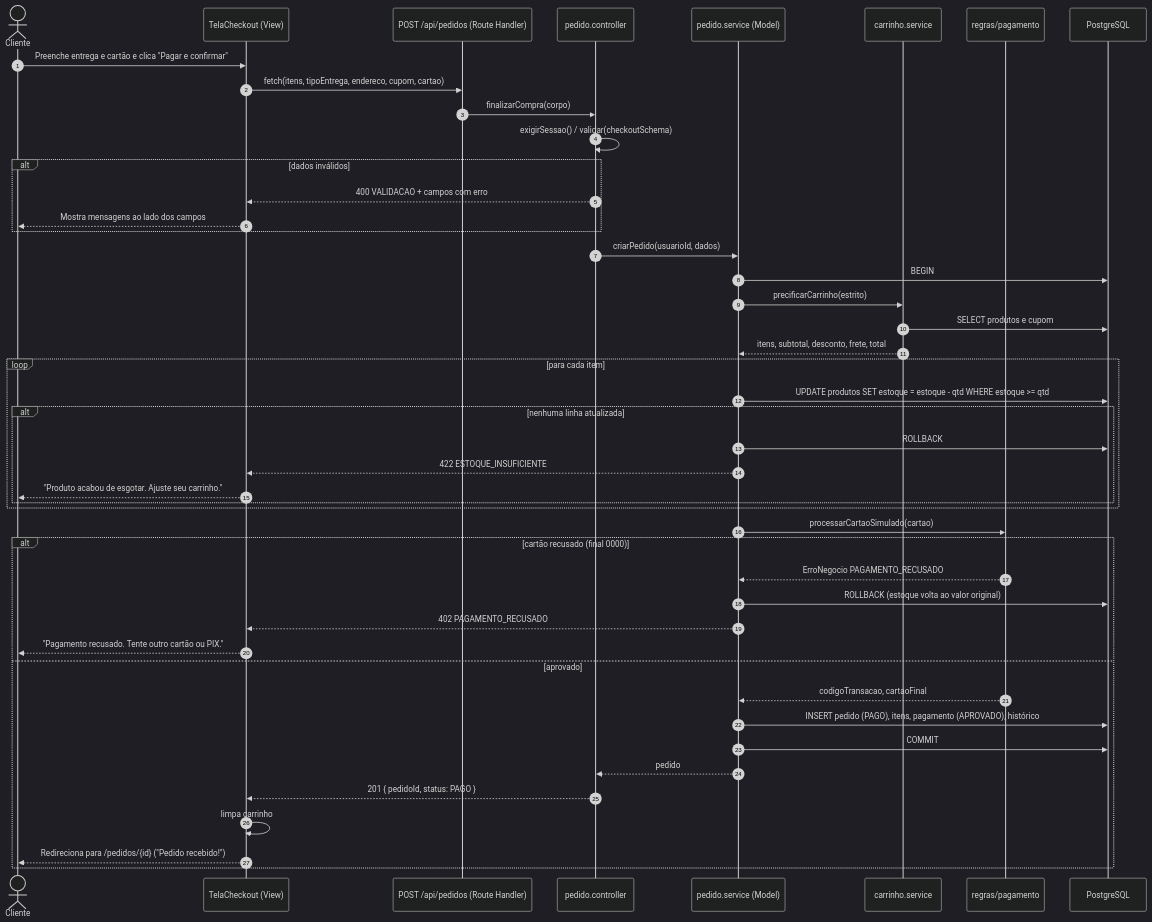
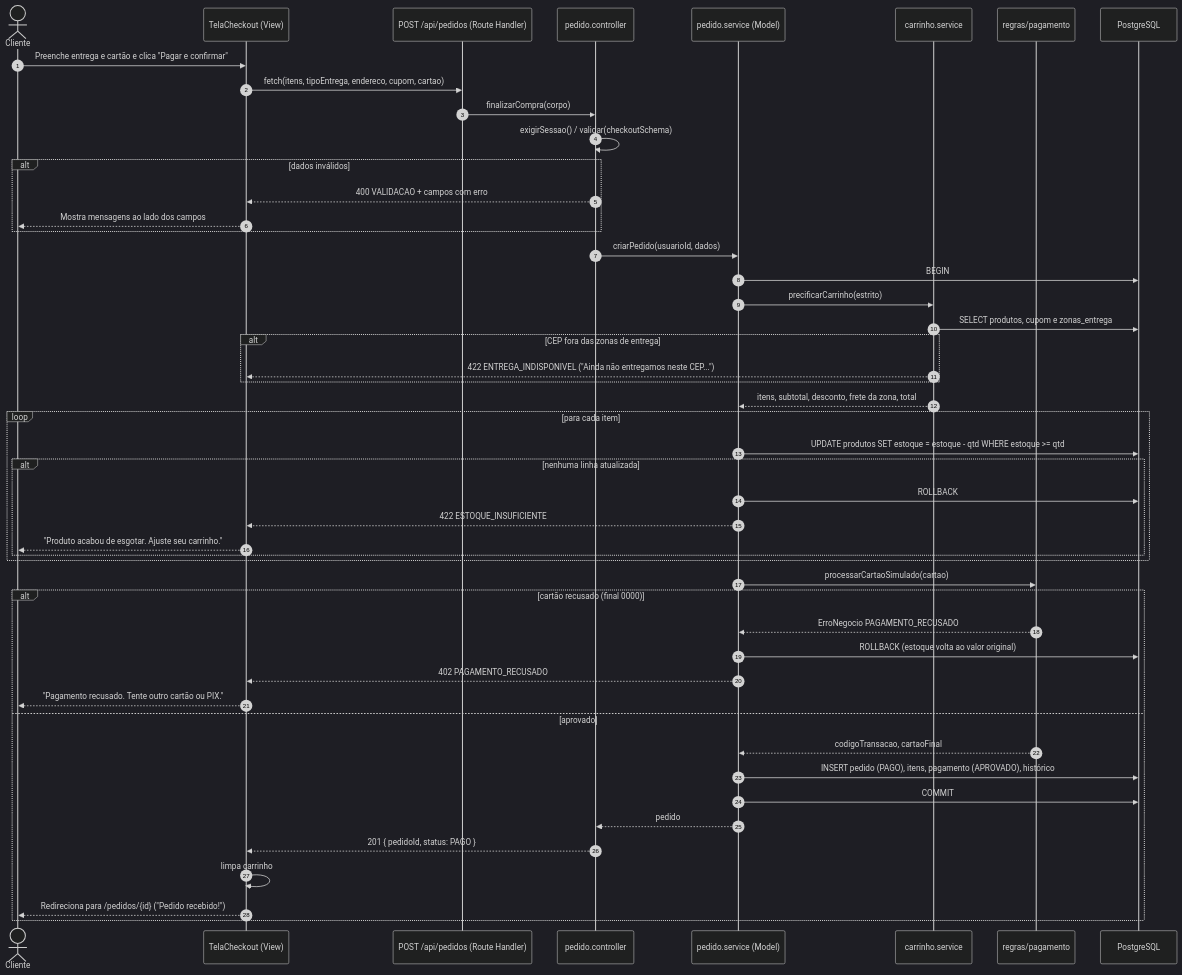
Before and after one commit to massacruabusy/CruzCake_PIT2: the third of 8 diagrams in docs/situacao-1-planejamento/05-diagramas-uml.md, drawn with Mermaid (dark theme). The commit also changed other lines of this file and 17 other files, not shown here.

````diff
--- a/docs/situacao-1-planejamento/05-diagramas-uml.md
+++ b/docs/situacao-1-planejamento/05-diagramas-uml.md
@@ -217,49 +231,52 @@
 ```mermaid
 sequenceDiagram
   autonumber
   actor C as Cliente
   participant V as TelaCheckout (View)
   participant R as POST /api/pedidos (Route Handler)
   participant PC as pedido.controller
   participant PS as pedido.service (Model)
   participant CS as carrinho.service
   participant PG as regras/pagamento
   participant DB as PostgreSQL
 
   C->>V: Preenche entrega e cartão e clica "Pagar e confirmar"
   V->>R: fetch(itens, tipoEntrega, endereco, cupom, cartao)
   R->>PC: finalizarCompra(corpo)
   PC->>PC: exigirSessao() / validar(checkoutSchema)
   alt dados inválidos
     PC-->>V: 400 VALIDACAO + campos com erro
     V-->>C: Mostra mensagens ao lado dos campos
   end
   PC->>PS: criarPedido(usuarioId, dados)
   PS->>DB: BEGIN
   PS->>CS: precificarCarrinho(estrito)
-  CS->>DB: SELECT produtos e cupom
-  CS-->>PS: itens, subtotal, desconto, frete, total
+  CS->>DB: SELECT produtos, cupom e zonas_entrega
+  alt CEP fora das zonas de entrega
+    CS-->>V: 422 ENTREGA_INDISPONIVEL ("Ainda não entregamos neste CEP...")
+  end
+  CS-->>PS: itens, subtotal, desconto, frete da zona, total
   loop para cada item
     PS->>DB: UPDATE produtos SET estoque = estoque - qtd WHERE estoque >= qtd
     alt nenhuma linha atualizada
       PS->>DB: ROLLBACK
       PS-->>V: 422 ESTOQUE_INSUFICIENTE
       V-->>C: "Produto acabou de esgotar. Ajuste seu carrinho."
     end
   end
   PS->>PG: processarCartaoSimulado(cartao)
   alt cartão recusado (final 0000)
     PG-->>PS: ErroNegocio PAGAMENTO_RECUSADO
     PS->>DB: ROLLBACK (estoque volta ao valor original)
     PS-->>V: 402 PAGAMENTO_RECUSADO
     V-->>C: "Pagamento recusado. Tente outro cartão ou PIX."
   else aprovado
     PG-->>PS: codigoTransacao, cartaoFinal
     PS->>DB: INSERT pedido (PAGO), itens, pagamento (APROVADO), histórico
     PS->>DB: COMMIT
     PS-->>PC: pedido
     PC-->>V: 201 { pedidoId, status: PAGO }
     V->>V: limpa carrinho
     V-->>C: Redireciona para /pedidos/{id} ("Pedido recebido!")
   end
 ```
````
